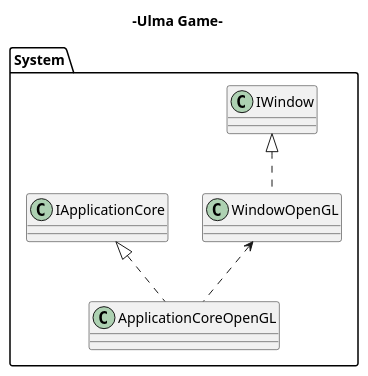
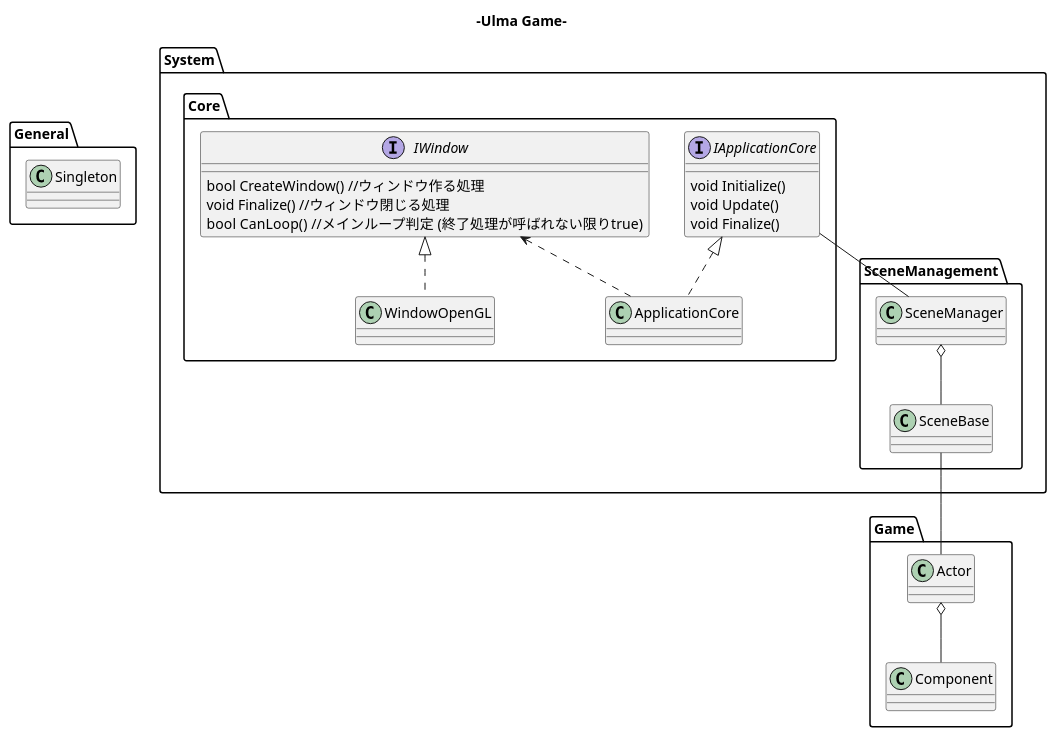
The diagram in Specification/uml/class_diagram.pu (Ulma-S/UlmaGame), drawn with PlantUML before and after one commit. The commit also changed 18 other files, not shown here.

```diff
--- a/Specification/uml/class_diagram.pu
+++ b/Specification/uml/class_diagram.pu
@@ -1,25 +1,58 @@
 @startuml
 title -Ulma Game-
+package General{
+    class Singleton{
+
+    }
+}
+
 package System{
-    class IWindow{
-        
+    package Core{
+        interface IWindow{
+            bool CreateWindow() //ウィンドウ作る処理
+            void Finalize() //ウィンドウ閉じる処理
+            bool CanLoop()  //メインループ判定 (終了処理が呼ばれない限りtrue)
+        }
+
+        class WindowOpenGL{
+        }
+        IWindow <|.. WindowOpenGL
+
+        interface IApplicationCore{
+            void Initialize()
+            void Update()
+            void Finalize()
+        }
+
+        class ApplicationCore{
+
+        }
+        IApplicationCore <|.. ApplicationCore
+        IWindow <.. ApplicationCore
     }
 
-    class WindowOpenGL{
+    package SceneManagement{
+        class SceneManager{
 
+        }
+
+        class SceneBase{
+
+        }
+        SceneManager o-- SceneBase
     }
-    IWindow <|.. WindowOpenGL
+    IApplicationCore -- SceneManager
+}
 
-    class IApplicationCore{
+package Game{
+    class Actor{
 
     }
 
-    class ApplicationCoreOpenGL{
+    class Component{
 
     }
-    IApplicationCore <|.. ApplicationCoreOpenGL
-    WindowOpenGL <.. ApplicationCoreOpenGL
-
-
 }
+SceneBase -- Actor
+Actor o-- Component
 @enduml
```
